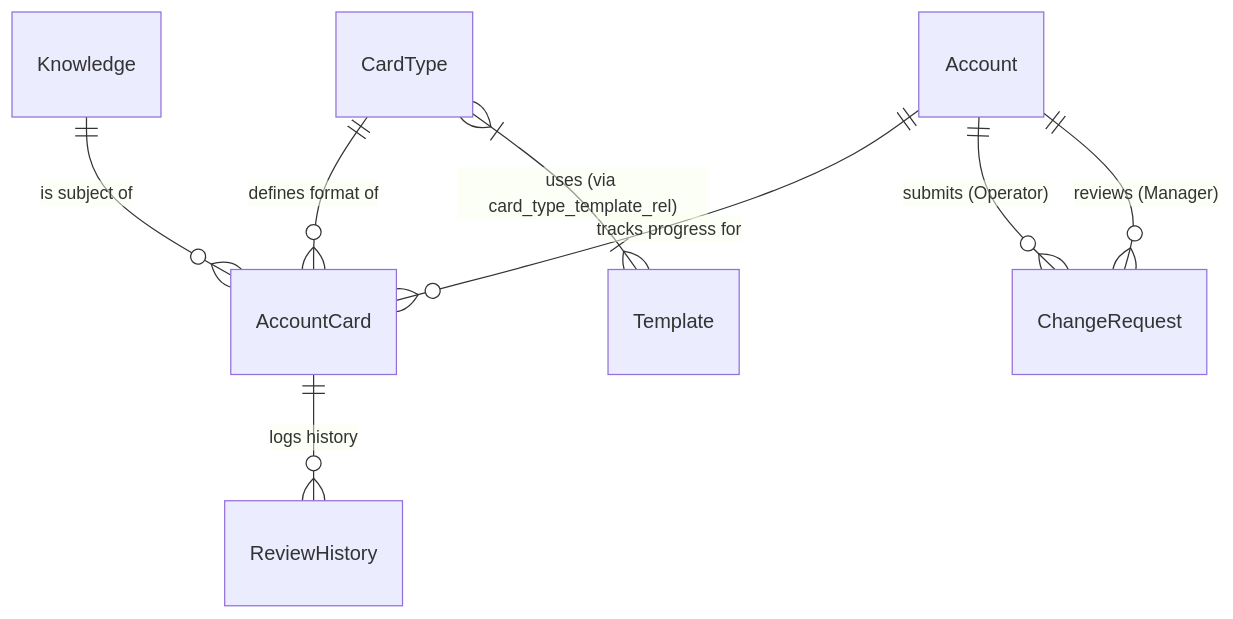
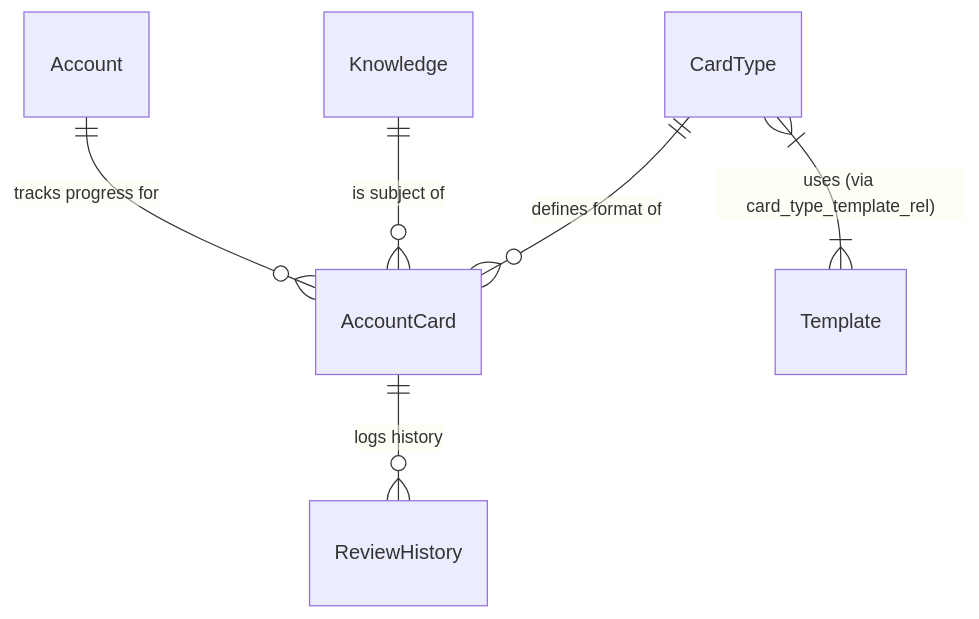
Before and after one commit to miguoliang/be-it-forever: the diagram in docs/ERD.md, drawn with Mermaid. The commit also changed other lines of this file and 5 other files, not shown here.

````diff
--- a/docs/ERD.md
+++ b/docs/ERD.md
@@ -126,13 +110,10 @@
 ```mermaid
 erDiagram
     Account ||--o{ AccountCard : "tracks progress for"
     Knowledge ||--o{ AccountCard : "is subject of"
     CardType ||--o{ AccountCard : "defines format of"
     
     CardType }|--|{ Template : "uses (via card_type_template_rel)"
     
     AccountCard ||--o{ ReviewHistory : "logs history"
-    
-    Account ||--o{ ChangeRequest : "submits (Operator)"
-    Account ||--o{ ChangeRequest : "reviews (Manager)"
 ```
````
